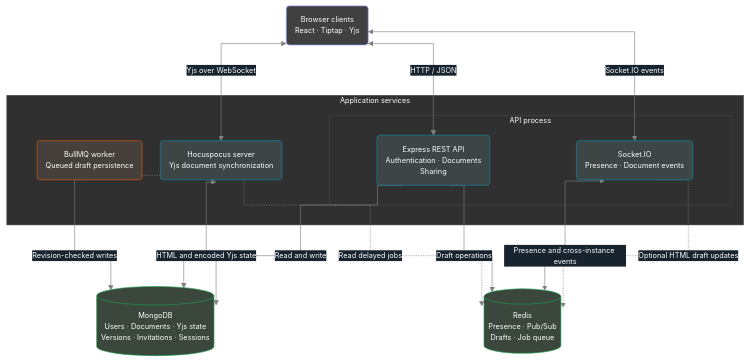
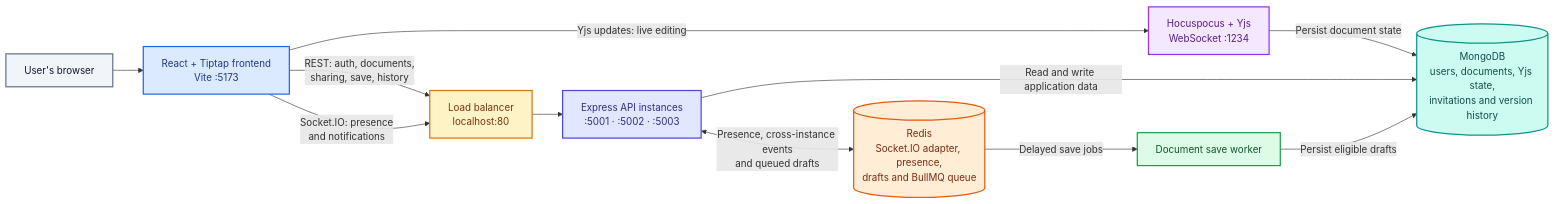
One commit to Gnanasagar-Reddy/CollabSpace changed the diagram in README.md. Above: the diagram before and after it, drawn with Mermaid.

Commit message:
Revise README with updated architecture and features
Updated the architecture diagram and added details about the editor's collaboration features.

````diff
--- a/README.md
+++ b/README.md
@@ -9,46 +13,42 @@
 ```mermaid
-%%{init: {"theme":"base","themeVariables":{"fontFamily":"Arial","fontSize":"12px","primaryTextColor":"#ffffff","lineColor":"#808080","edgeLabelBackground":"#17232e","clusterBkg":"#303030","clusterBorder":"#454545"},"flowchart":{"curve":"stepAfter","nodeSpacing":30,"rankSpacing":65,"padding":14,"htmlLabels":true}}}%%
+flowchart LR
+    User["User's browser"]
+    Frontend["React + Tiptap frontend<br/>Vite :5173"]
+    Proxy["Load balancer<br/>localhost:80"]
+    API["Express API instances<br/>:5001 · :5002 · :5003"]
+    CRDT["Hocuspocus + Yjs<br/>WebSocket :1234"]
+    Redis[("Redis<br/>Socket.IO adapter, presence,<br/>drafts and BullMQ queue")]
+    Worker["Document save worker"]
+    Mongo[("MongoDB<br/>users, documents, Yjs state,<br/>invitations and version history")]
 
-flowchart TB
-    Browser("Browser clients<br/>React · Tiptap · Yjs")
+    User --> Frontend
+    Frontend -->|"REST: auth, documents,<br/>sharing, save, history"| Proxy
+    Frontend -->|"Socket.IO: presence<br/>and notifications"| Proxy
+    Proxy --> API
 
-    subgraph Services["Application services"]
-        Worker("BullMQ worker<br/>Queued draft persistence")
-        CRDT("Hocuspocus server<br/>Yjs document synchronization")
+    Frontend -->|"Yjs updates: live editing"| CRDT
+    CRDT -->|"Persist document state"| Mongo
 
-        subgraph APIProcess["API process"]
-            API("Express REST API<br/>Authentication · Documents<br/>Sharing")
-            Socket("Socket.IO<br/>Presence · Document events")
-        end
-    end
+    API -->|"Read and write application data"| Mongo
+    API <-->|"Presence, cross-instance events<br/>and queued drafts"| Redis
+    Redis -->|"Delayed save jobs"| Worker
+    Worker -->|"Persist eligible drafts"| Mongo
 
-    Mongo[("MongoDB<br/>Users · Documents · Yjs state<br/>Versions · Invitations · Sessions")]
-    Redis[("Redis<br/>Presence · Pub/Sub<br/>Drafts · Job queue")]
+    classDef browser fill:#F1F5F9,stroke:#64748B,color:#0F172A,stroke-width:2px
+    classDef frontend fill:#DBEAFE,stroke:#2563EB,color:#1E3A8A,stroke-width:2px
+    classDef proxy fill:#FEF3C7,stroke:#D97706,color:#78350F,stroke-width:2px
+    classDef api fill:#E0E7FF,stroke:#4F46E5,color:#312E81,stroke-width:2px
+    classDef crdt fill:#F3E8FF,stroke:#9333EA,color:#581C87,stroke-width:2px
+    classDef redis fill:#FFEDD5,stroke:#EA580C,color:#7C2D12,stroke-width:2px
+    classDef worker fill:#DCFCE7,stroke:#16A34A,color:#14532D,stroke-width:2px
+    classDef mongo fill:#CCFBF1,stroke:#0D9488,color:#134E4A,stroke-width:2px
 
-    Browser ~~~ Worker
-    Browser <-->|Yjs over WebSocket| CRDT
-    Browser <-->|HTTP / JSON| API
-    Browser <-->|Socket.IO events| Socket
-
-    Worker -->|Revision-checked writes| Mongo
-    CRDT <-->|HTML and encoded Yjs state| Mongo
-    API -->|Read and write| Mongo
-
-    Worker -.->|Read delayed jobs| Redis
-    API -->|Draft operations| Redis
-    Socket <-->|Presence and cross-instance events| Redis
-    Socket -.->|Optional HTML draft updates| Redis
-
-    classDef browser fill:#404040,stroke:#818cf8,stroke-width:1px,color:#ffffff
-    classDef service fill:#3d4545,stroke:#0891b2,stroke-width:1px,color:#ffffff
-    classDef worker fill:#45403b,stroke:#ea580c,stroke-width:1px,color:#ffffff
-    classDef database fill:#3b473c,stroke:#16a34a,stroke-width:1px,color:#ffffff
-
-    class Browser browser
-    class CRDT,API,Socket service
+    class User browser
+    class Frontend frontend
+    class Proxy proxy
+    class API api
+    class CRDT crdt
+    class Redis redis
     class Worker worker
-    class Mongo,Redis database
-
-    style Services fill:#303030,stroke:#303030,color:#ffffff
-    style APIProcess fill:#303030,stroke:#454545,color:#ffffff
+    class Mongo mongo
 ```
````
